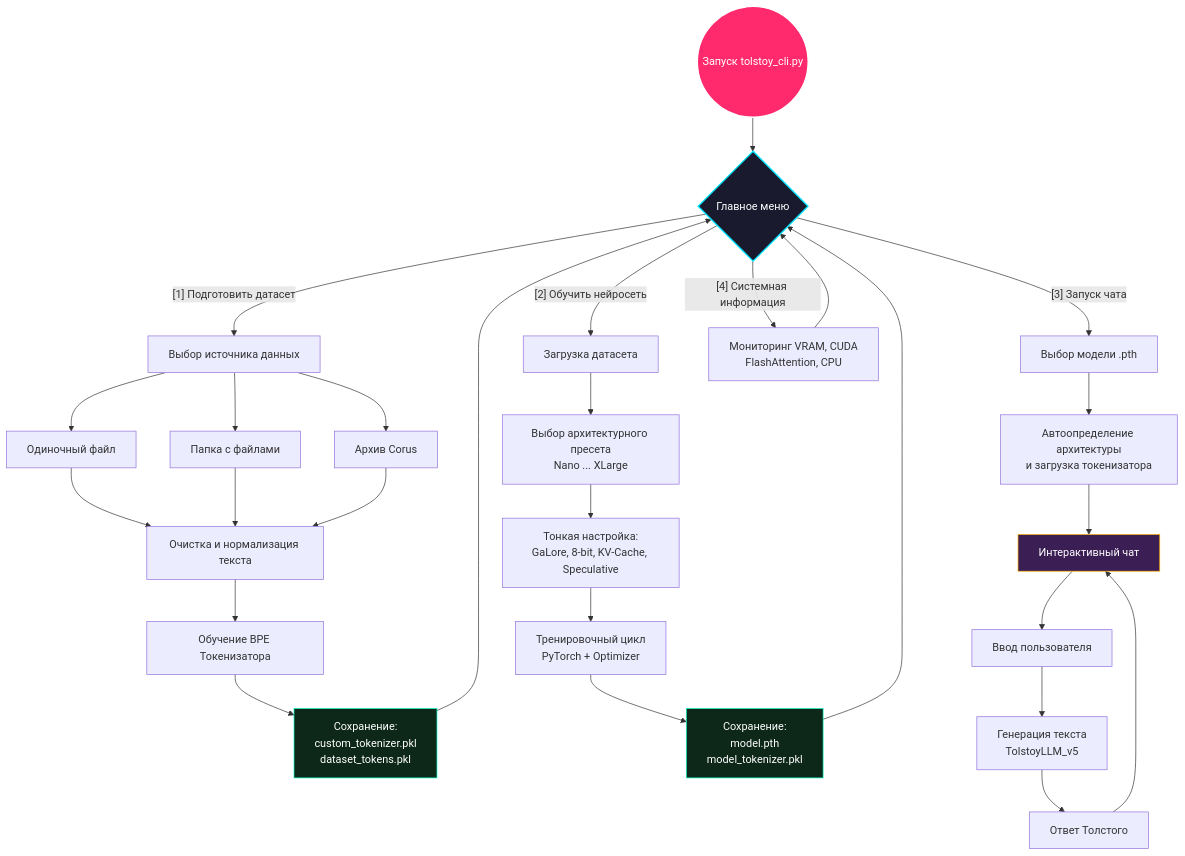
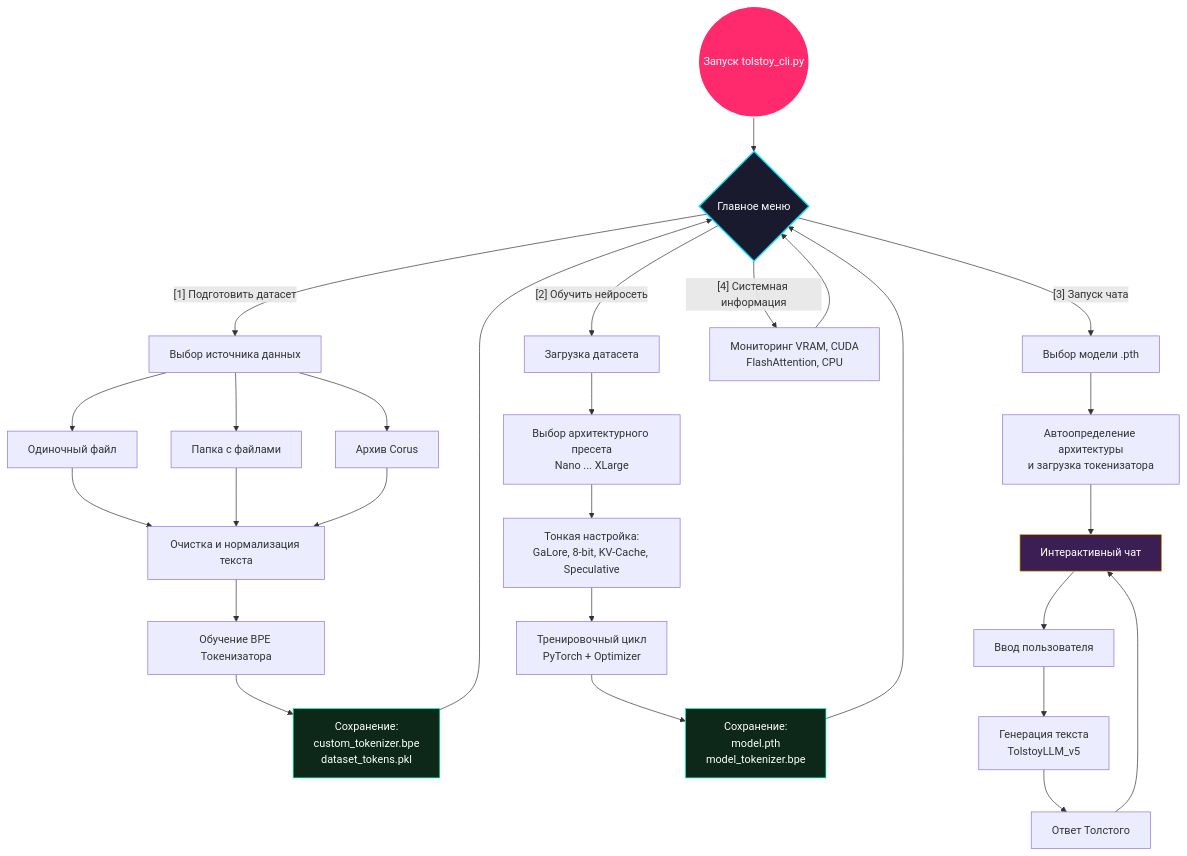
The diagram in docs/cli_guide.md (zzzigrok/Tolstoy-CLI), drawn with Mermaid before and after one commit. The commit also changed other lines of this file and 4 other files, not shown here.

````diff
--- a/docs/cli_guide.md
+++ b/docs/cli_guide.md
@@ -21,43 +21,43 @@
 ```mermaid
 graph TD
     Start((Запуск tolstoy_cli.py)) --> Menu{Главное меню}
     
     %% Этап 1: Подготовка данных
     Menu -->|"[1] Подготовить датасет"| Data[Выбор источника данных]
     Data --> File[Одиночный файл]
     Data --> Folder[Папка с файлами]
     Data --> Corus[Архив Corus]
     
     File & Folder & Corus --> Clean[Очистка и нормализация текста]
     Clean --> BPE[Обучение BPE Токенизатора]
-    BPE --> SaveData[Сохранение:\ncustom_tokenizer.pkl\ndataset_tokens.pkl]
+    BPE --> SaveData[Сохранение:\ncustom_tokenizer.bpe\ndataset_tokens.pkl]
     SaveData --> Menu
     
     %% Этап 2: Обучение
     Menu -->|"[2] Обучить нейросеть"| TrainInit[Загрузка датасета]
     TrainInit --> Preset[Выбор архитектурного пресета\nNano ... XLarge]
     Preset --> Opt[Тонкая настройка:\nGaLore, 8-bit, KV-Cache, Speculative]
     Opt --> Loop[Тренировочный цикл\nPyTorch + Optimizer]
-    Loop --> SaveModel[Сохранение:\nmodel.pth\nmodel_tokenizer.pkl]
+    Loop --> SaveModel[Сохранение:\nmodel.pth\nmodel_tokenizer.bpe]
     SaveModel --> Menu
     
     %% Этап 3: Чат
     Menu -->|"[3] Запуск чата"| ChatInit[Выбор модели .pth]
     ChatInit --> AutoD[Автоопределение архитектуры\nи загрузка токенизатора]
     AutoD --> ChatLoop[Интерактивный чат]
     ChatLoop --> UserInput[Ввод пользователя]
     UserInput --> Generate[Генерация текста\nTolstoyLLM_v5]
     Generate --> Output[Ответ Толстого]
     Output --> ChatLoop
     
     %% Этап 4: Инфо
     Menu -->|"[4] Системная информация"| Info[Мониторинг VRAM, CUDA\nFlashAttention, CPU]
     Info --> Menu
 
     %% Стилизация
     style Start fill:#ff2a6d,stroke:#fff,stroke-width:2px,color:#fff
     style Menu fill:#1a1a2e,stroke:#00e5ff,stroke-width:2px,color:#fff
     style SaveData fill:#0d2818,stroke:#01ffc3,color:#fff
     style SaveModel fill:#0d2818,stroke:#01ffc3,color:#fff
     style ChatLoop fill:#3b1e54,stroke:#ffb300,color:#fff
 ```
````
